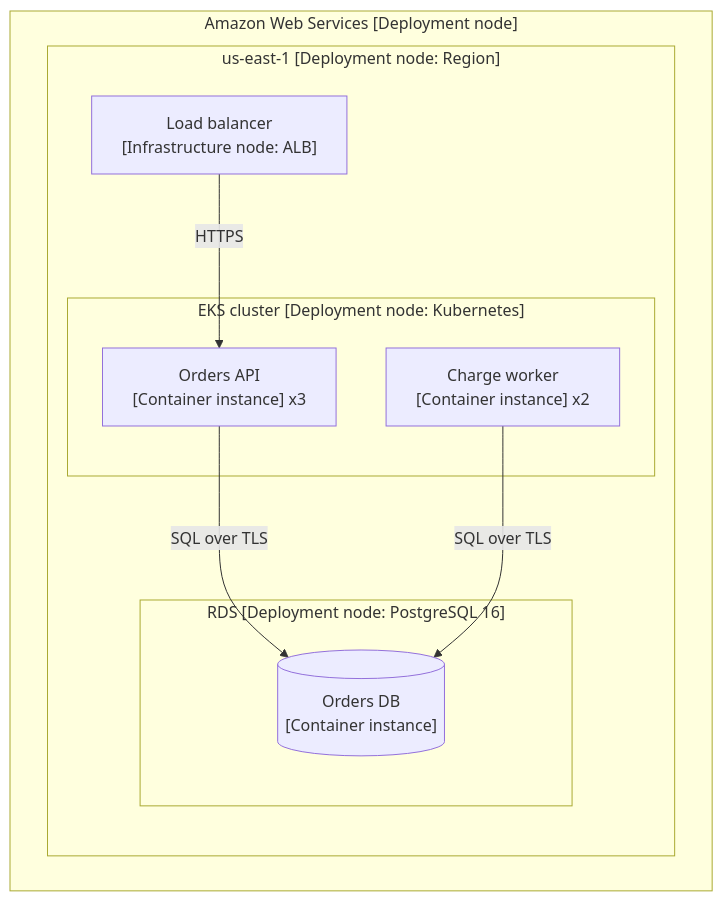
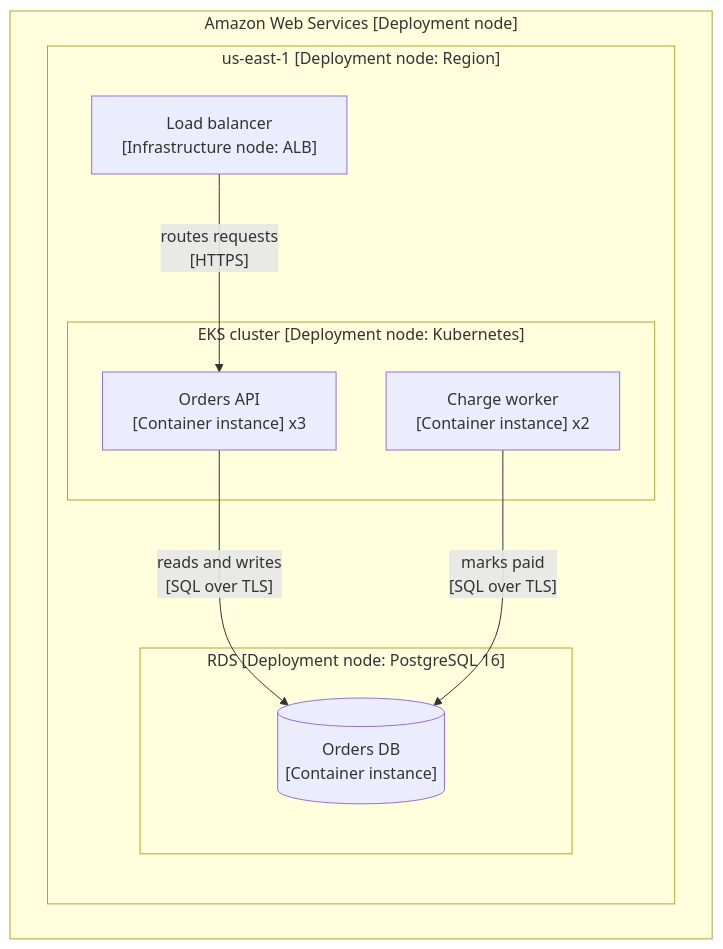
One commit to paulnsorensen/easy-cheese changed the seventh of 13 diagrams in skills/cheese/references/diagram-templates.md. Above: the diagram before and after it, drawn with Mermaid. The commit also changed other lines of this file and 14 other files, not shown here.

First line of the commit message:
docs(skills): apply review fixes to C4 diagram references

````diff
--- a/skills/cheese/references/diagram-templates.md
+++ b/skills/cheese/references/diagram-templates.md
@@ -169,18 +171,18 @@
 ```mermaid
 flowchart TB
   subgraph Cloud["Amazon Web Services [Deployment node]"]
     subgraph Region["us-east-1 [Deployment node: Region]"]
       LB["Load balancer<br>[Infrastructure node: ALB]"]
       subgraph Cluster["EKS cluster [Deployment node: Kubernetes]"]
         API["Orders API<br>[Container instance] x3"]
         Worker["Charge worker<br>[Container instance] x2"]
       end
       subgraph Rds["RDS [Deployment node: PostgreSQL 16]"]
         DB[("Orders DB<br>[Container instance]")]
       end
     end
   end
-  LB -->|"HTTPS"| API
-  API -->|"SQL over TLS"| DB
-  Worker -->|"SQL over TLS"| DB
+  LB -->|"routes requests<br>[HTTPS]"| API
+  API -->|"reads and writes<br>[SQL over TLS]"| DB
+  Worker -->|"marks paid<br>[SQL over TLS]"| DB
 ```
````
